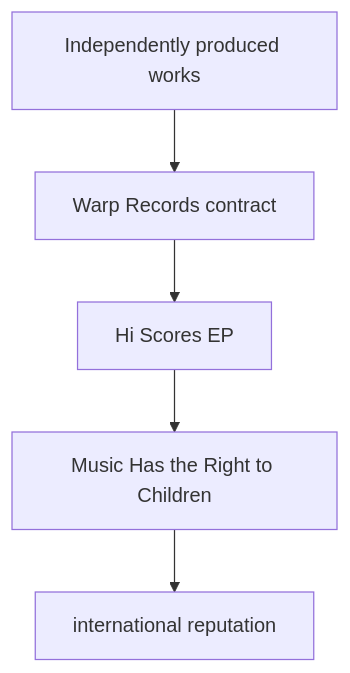
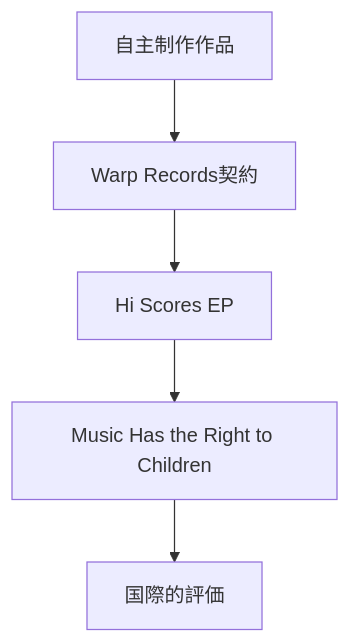
One commit to monumental-movement/monumental-movement.github.io changed the second of 10 diagrams in en/_posts/2026-07-18-column-boards-of-canada.md. Above: the diagram before and after it, drawn with Mermaid. The commit also changed other lines of this file and 2196 other files, not shown here.

```diff
--- a/en/_posts/2026-07-18-column-boards-of-canada.md
+++ b/en/_posts/2026-07-18-column-boards-of-canada.md
@@ -270,7 +269,7 @@
 <div class="mermaid">
 flowchart TD
-A[Independently produced works] --> B[Warp Records contract]
+A[自主制作作品] --> B[Warp Records契約]
 B --> C[Hi Scores EP]
 C --> D[Music Has the Right to Children]
-D --> E[international reputation]
+D --> E[国際的評価]
 </div>
```
